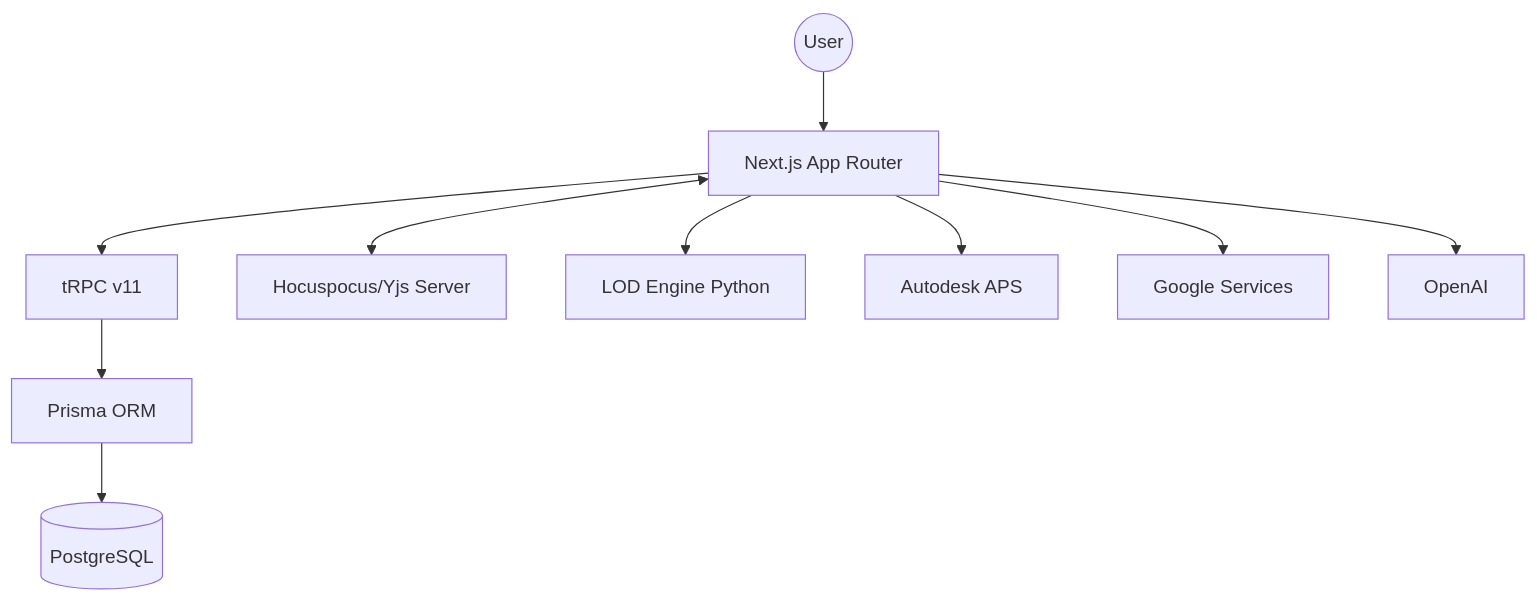
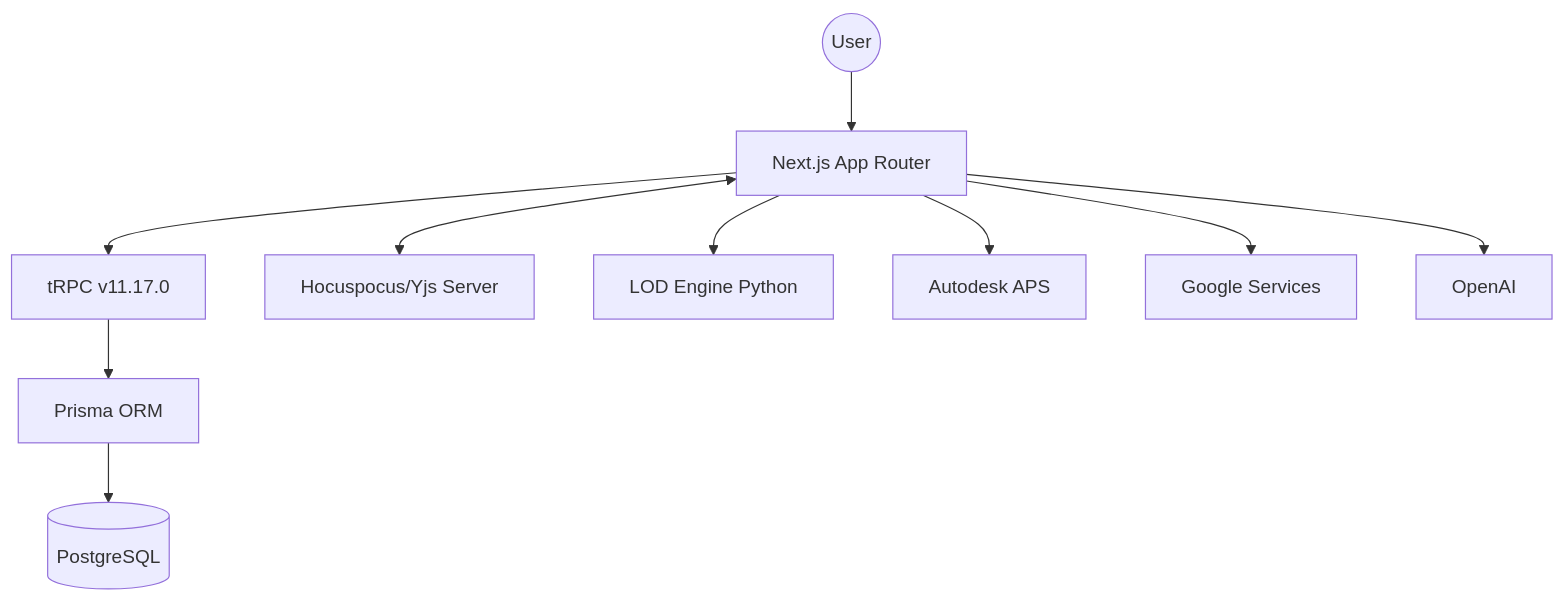
The diagram in .gsd/ARCHITECTURE.md (lecgarq/Dashboard), drawn with Mermaid before and after one commit. The commit also changed other lines of this file and 1 other file, not shown here.

Commit message:
docs: refresh architecture map with testing and schema updates

````diff
--- a/.gsd/ARCHITECTURE.md
+++ b/.gsd/ARCHITECTURE.md
@@ -9,23 +9,23 @@
 ```mermaid
 graph TD
     User((User))
     Web[Next.js App Router]
-    TRPC[tRPC v11]
+    TRPC[tRPC v11.17.0]
     Prisma[Prisma ORM]
     DB[(PostgreSQL)]
     Hocuspocus[Hocuspocus/Yjs Server]
     LOD[LOD Engine Python]
     APS[Autodesk APS]
     Google[Google Services]
     AI[OpenAI]
 
     User --> Web
     Web --> TRPC
     TRPC --> Prisma
     Prisma --> DB
     Web <--> Hocuspocus
     Web --> LOD
     Web --> APS
     Web --> Google
     Web --> AI
 ```
````
